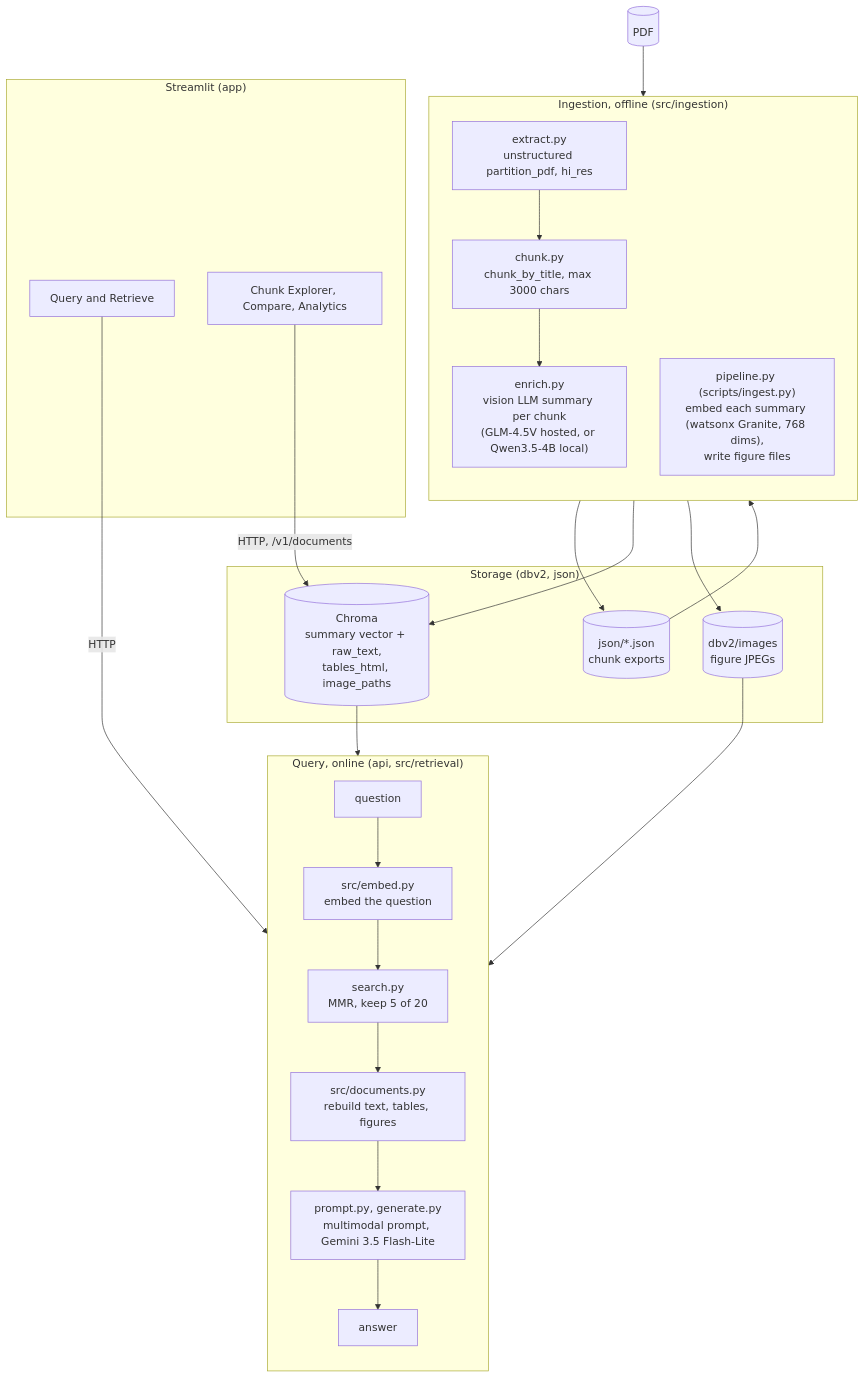
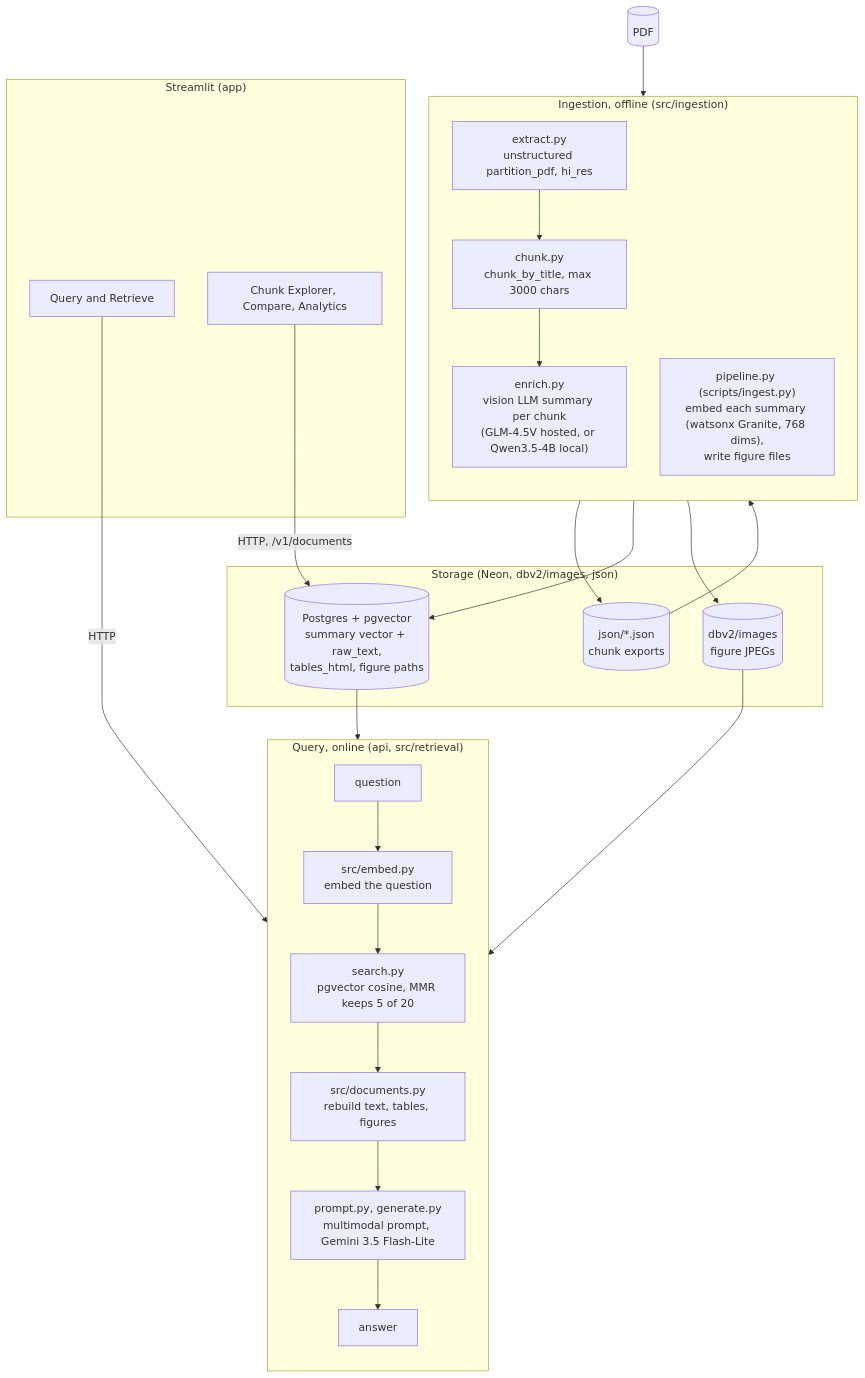
Before and after one commit to moksh-m9u/Ki-Craft: the diagram in README.md, drawn with Mermaid. The commit also changed other lines of this file and 3 other files, not shown here.

````diff
--- a/README.md
+++ b/README.md
@@ -57,45 +57,45 @@
 ```mermaid
 flowchart TB
     PDF[("PDF")]
 
     subgraph Ingestion["Ingestion, offline (src/ingestion)"]
         direction TB
         PART["extract.py<br/>unstructured partition_pdf, hi_res"]
         CHUNK["chunk.py<br/>chunk_by_title, max 3000 chars"]
         ENRICH["enrich.py<br/>vision LLM summary per chunk<br/>(GLM-4.5V hosted, or Qwen3.5-4B local)"]
         BUILD["pipeline.py (scripts/ingest.py)<br/>embed each summary (watsonx Granite, 768 dims),<br/>write figure files"]
         PART --> CHUNK --> ENRICH
     end
 
-    subgraph Storage["Storage (dbv2, json)"]
-        CHROMA[("Chroma<br/>summary vector + raw_text,<br/>tables_html, image_paths")]
+    subgraph Storage["Storage (Neon, dbv2/images, json)"]
+        CHROMA[("Postgres + pgvector<br/>summary vector + raw_text,<br/>tables_html, figure paths")]
         IMAGES[("dbv2/images<br/>figure JPEGs")]
         JSON[("json/*.json<br/>chunk exports")]
     end
 
     subgraph Query["Query, online (api, src/retrieval)"]
         direction TB
         Q["question"]
         EMBED_Q["src/embed.py<br/>embed the question"]
-        MMR["search.py<br/>MMR, keep 5 of 20"]
+        MMR["search.py<br/>pgvector cosine, MMR keeps 5 of 20"]
         REBUILD["src/documents.py<br/>rebuild text, tables, figures"]
         GEN["prompt.py, generate.py<br/>multimodal prompt, Gemini 3.5 Flash-Lite"]
         ANSWER["answer"]
         Q --> EMBED_Q --> MMR --> REBUILD --> GEN --> ANSWER
     end
 
     subgraph UI["Streamlit (app)"]
         CHAT["Query and Retrieve"]
         EXPLORE["Chunk Explorer, Compare, Analytics"]
     end
 
     PDF --> PART
     ENRICH --> JSON
     JSON --> BUILD
     BUILD --> CHROMA
     BUILD --> IMAGES
     CHROMA --> MMR
     IMAGES --> REBUILD
     CHAT -- "HTTP" --> Q
     EXPLORE -- "HTTP, /v1/documents" --> CHROMA
 ```
````
